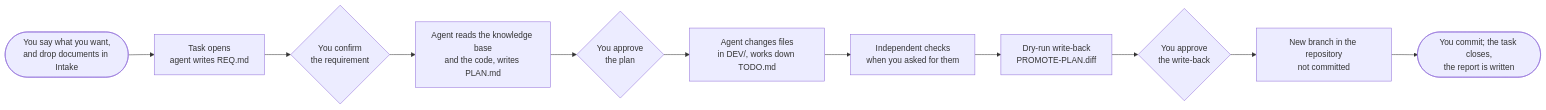
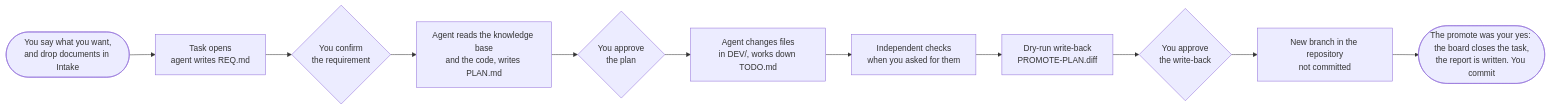
Before and after one commit to Smars-Bin-Hu/copilot-agentic-harness: the first of 2 diagrams in docs/00-overview.md, drawn with Mermaid. The commit also changed other lines of this file and 40 other files, not shown here.

````diff
--- a/docs/00-overview.md
+++ b/docs/00-overview.md
@@ -60,13 +60,13 @@
 ```mermaid
 flowchart LR
     A([You say what you want,<br/>and drop documents in Intake]) --> B[Task opens<br/>agent writes REQ.md]
     B --> C{You confirm<br/>the requirement}
     C --> D[Agent reads the knowledge base<br/>and the code, writes PLAN.md]
     D --> E{You approve<br/>the plan}
     E --> F[Agent changes files<br/>in DEV/, works down TODO.md]
     F --> G[Independent checks<br/>when you asked for them]
     G --> H[Dry-run write-back<br/>PROMOTE-PLAN.diff]
     H --> I{You approve<br/>the write-back}
     I --> J[New branch in the repository<br/>not committed]
-    J --> K([You commit; the task closes,<br/>the report is written])
+    J --> K([The promote was your yes: the board closes the task,<br/>the report is written. You commit])
 ```
````
